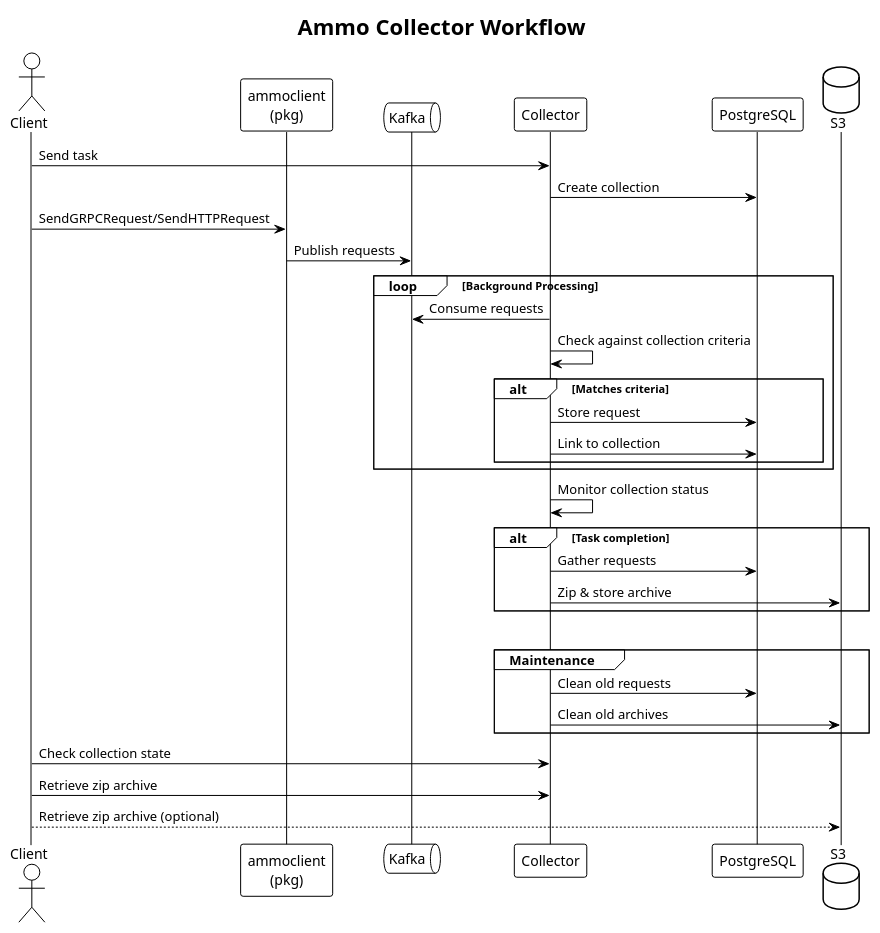
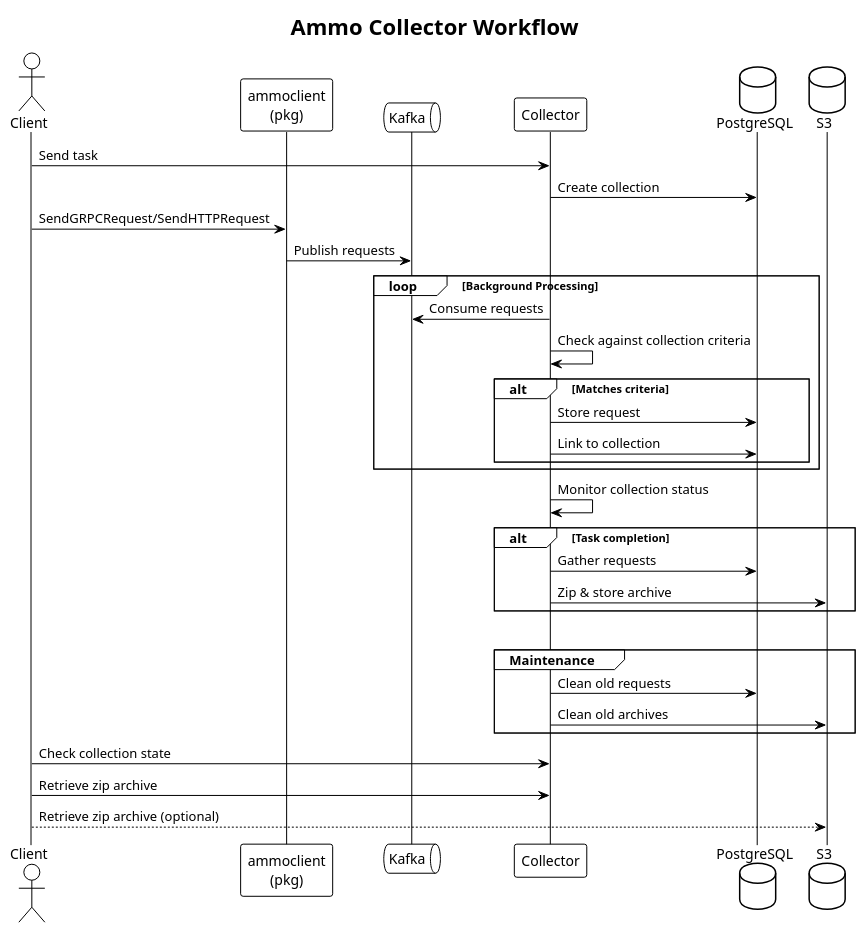
Before and after one commit to n-r-w/collector: the diagram in docs/service-flow.puml, drawn with PlantUML. The commit also changed other lines of this file and 1 other file, not shown here.

```diff
--- a/docs/service-flow.puml
+++ b/docs/service-flow.puml
@@ -1,48 +1,48 @@
 @startuml
 !theme plain
 
 title Ammo Collector Workflow
 
 actor Client
 Client -> Collector: Send task  
 
-Collector -> PostgreSQL: Create collection
-
 participant AmmoClient as "ammoclient\n(pkg)"
 queue Kafka
 participant "Ammo Collector" as Collector
 database PostgreSQL
 database S3
+
+Collector -> PostgreSQL: Create collection
 
 Client -> AmmoClient: SendGRPCRequest/SendHTTPRequest
 AmmoClient -> Kafka: Publish requests
 
 loop Background Processing
   Collector -> Kafka: Consume requests
   Collector -> Collector: Check against collection criteria
   
   alt Matches criteria
     Collector -> PostgreSQL: Store request
     Collector -> PostgreSQL: Link to collection
   end
 end
 
 Collector -> Collector: Monitor collection status
 
 alt Task completion
   Collector -> PostgreSQL: Gather requests
   Collector -> S3: Zip & store archive  
 end
 
 |||
 
 group Maintenance
   Collector -> PostgreSQL: Clean old requests
   Collector -> S3: Clean old archives
 end
 
 Client -> Collector: Check collection state
 Client -> Collector: Retrieve zip archive
 Client --> S3: Retrieve zip archive (optional)
 
 @enduml
```
